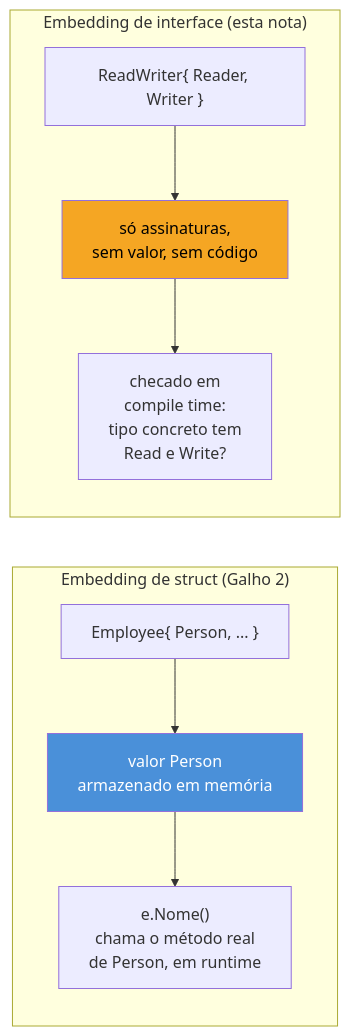
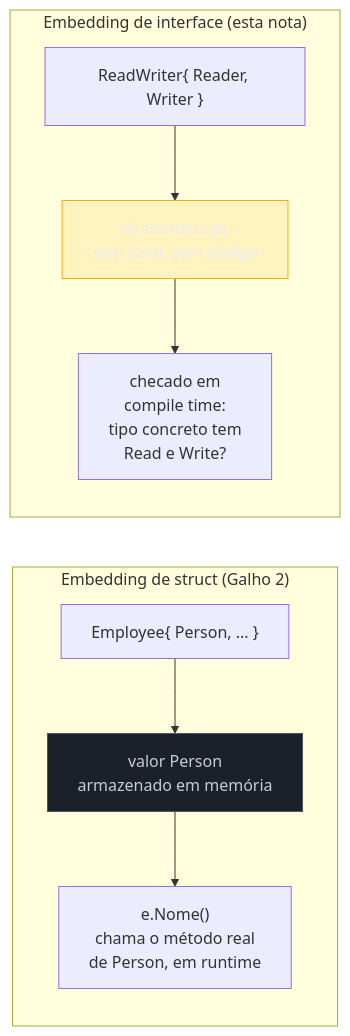
One commit to josenaldo/codex-technomanticus changed the second of 2 diagrams in 03-Dominios/Tecnologia/Go/03 - Interfaces e composição/06 - Interface embedding.md. Above: the diagram before and after it, drawn with Mermaid. The commit also changed other lines of this file and 1181 other files, not shown here.

First line of the commit message:
fix(diagramas): paleta do sistema no lugar de cor cravada no markdown

````diff
--- a/03-Dominios/Tecnologia/Go/03 - Interfaces e composição/06 - Interface embedding.md
+++ b/03-Dominios/Tecnologia/Go/03 - Interfaces e composição/06 - Interface embedding.md
@@ -160,17 +162,19 @@
 ```mermaid
 flowchart LR
+    classDef neutro fill:#1B2029,stroke:#4E5666,color:#C6CCD8
+    classDef destaque fill:#FFAA0024,stroke:#FFAA00,color:#E9ECF2
     subgraph StructEmb["Embedding de struct (Galho 2)"]
         direction TB
         E1["Employee{ Person, ... }"] --> E2["valor Person\narmazenado em memória"]
         E2 --> E3["e.Nome()\nchama o método real\nde Person, em runtime"]
     end
 
     subgraph IfaceEmb["Embedding de interface (esta nota)"]
         direction TB
         I1["ReadWriter{ Reader, Writer }"] --> I2["só assinaturas,\nsem valor, sem código"]
         I2 --> I3["checado em\ncompile time:\ntipo concreto tem\nRead e Write?"]
     end
 
-    style E2 fill:#4A90D9,color:#fff
-    style I2 fill:#F5A623,color:#000
+    class E2 neutro
+    class I2 destaque
 ```
````
